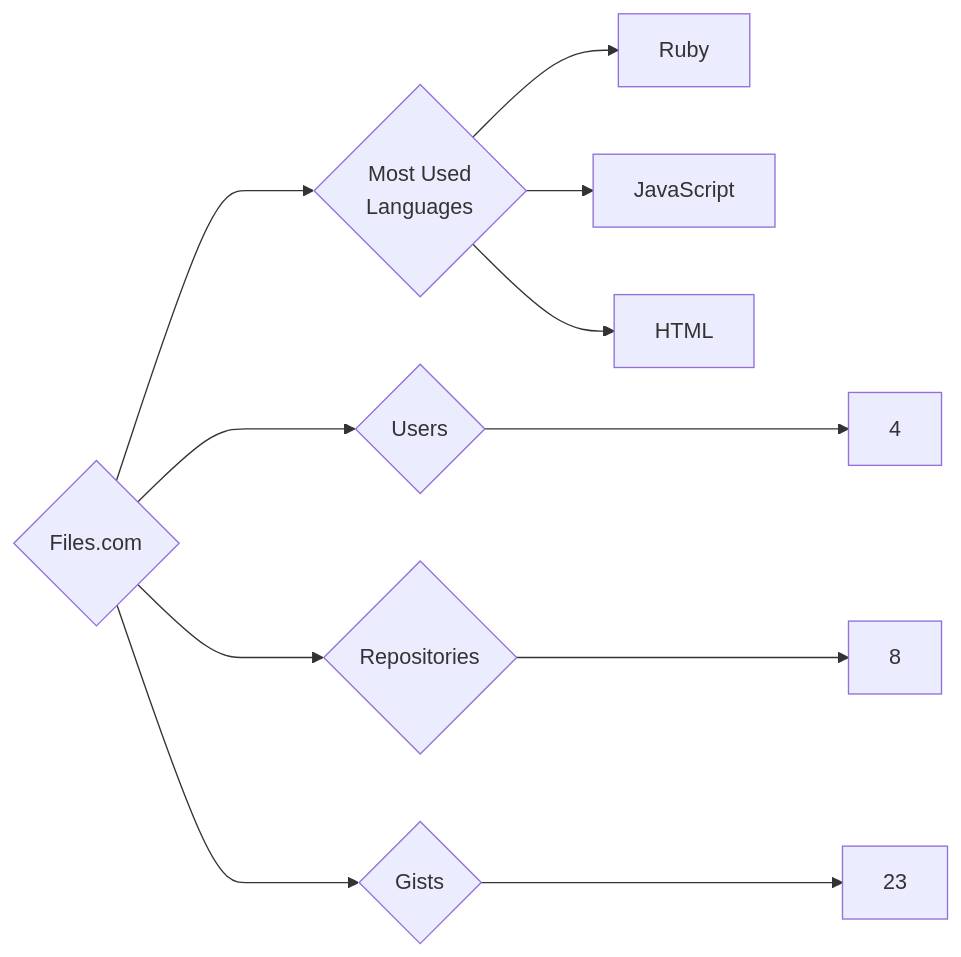
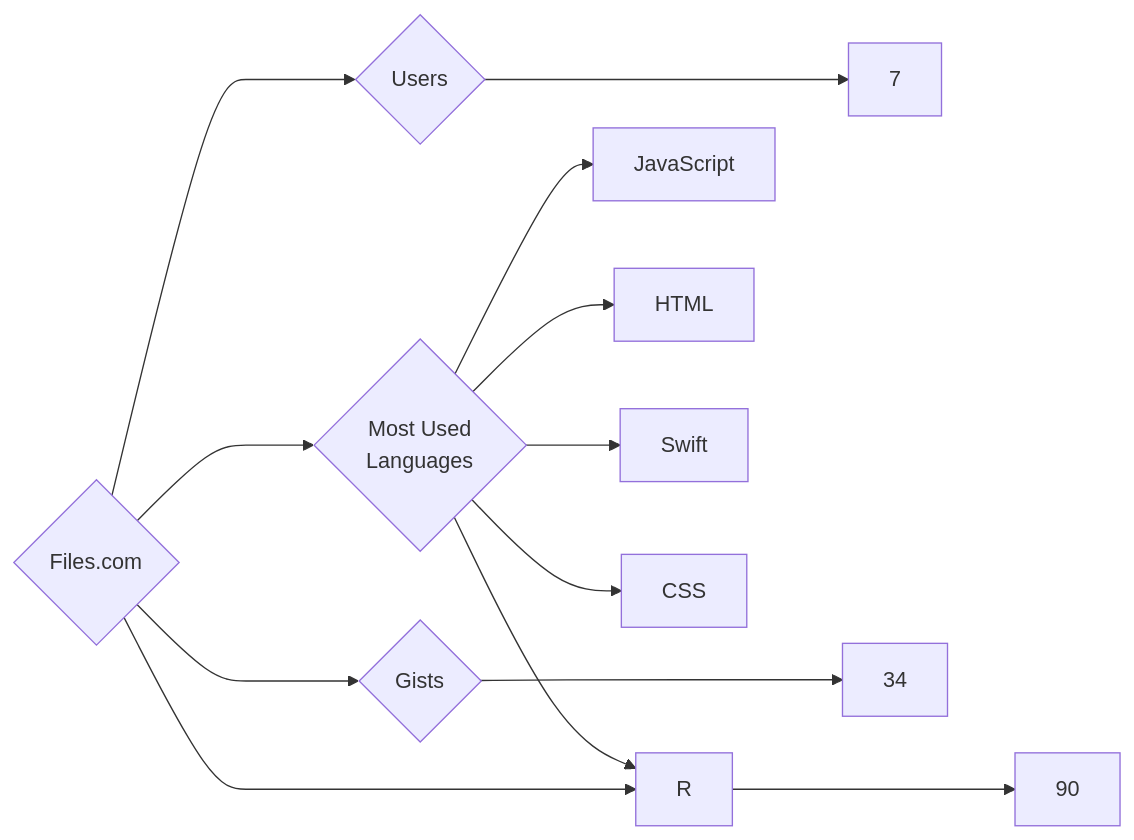
The diagram in targets/Files.com/README.md (trickest/insiders), drawn with Mermaid before and after one commit. The commit also changed 1212 other files, not shown here.

````diff
--- a/targets/Files.com/README.md
+++ b/targets/Files.com/README.md
@@ -3,11 +3,13 @@
 ```mermaid
 graph LR
 COMPANY_NAME{Files.com}
-COMPANY_NAME ---> U{Users} ---> UN[4]
-COMPANY_NAME ---> R{Repositories} ---> RN[8]
-COMPANY_NAME ---> G{Gists} ---> GN[23]
+COMPANY_NAME ---> U{Users} ---> UN[7]
+COMPANY_NAME ---> R{Repositories} ---> RN[90]
+COMPANY_NAME ---> G{Gists} ---> GN[34]
 COMPANY_NAME ---> ML{Most Used<br>Languages}
-ML --> Ruby[Ruby]
 ML --> JavaScript[JavaScript]
 ML --> HTML[HTML]
+ML --> R[R]
+ML --> Swift[Swift]
+ML --> CSS[CSS]
 ```
````
